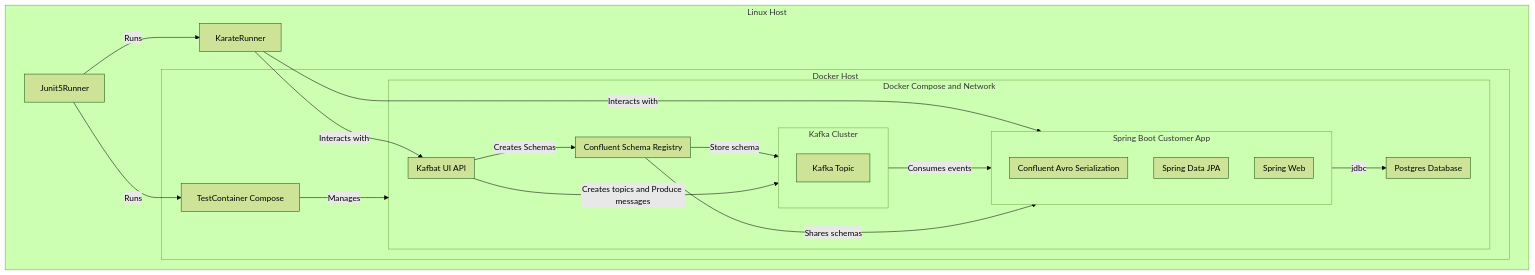
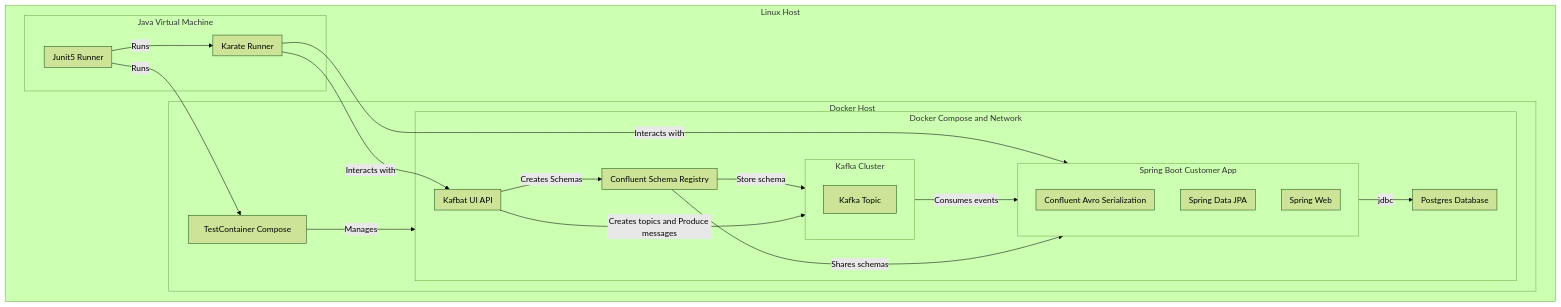
The diagram in README.md (jcsim1024/testcontainers-karate-kafka), drawn with Mermaid (forest theme) before and after one commit.

````diff
--- a/README.md
+++ b/README.md
@@ -9,48 +9,56 @@
 ```mermaid
-flowchart TB
+flowchart TD
   subgraph LinuxHost [Linux Host]
     subgraph DockerHost [Docker Host]
       subgraph DockerCompose [Docker Compose and Network]
         subgraph CustomerApp [Spring Boot Customer App]
           direction TB
           subgraph SpringWeb [Spring Web]
           end
           subgraph SpringDataJPA [Spring Data JPA]
           end
           subgraph AvroSerialization [Confluent Avro Serialization]
           end
         end
         
         subgraph Postgres [Postgres Database]
         end
         CustomerApp -->|jdbc| Postgres
 
         subgraph SchemaRegistry [Confluent Schema Registry]
         end
         subgraph Kafka [Kafka Cluster]
           
           KafkaTopic1["Kafka Topic"]
         end
         subgraph KafbatUI [Kafbat UI API]
         end
         
       end
-
-
       Testcontainers[TestContainer Compose] -->|Manages| DockerCompose
+    end
+    subgraph JVM [Java Virtual Machine]
+      subgraph Junit5Runner [Junit5 Runner]
+      end
+      subgraph KarateRunner [Karate Runner]
+        subgraph CustomerApp [Customer App]
+        end
+        subgraph KafbatUI [Kafbat UI]
+        end
+      end
     end
     Junit5Runner -->|Runs| KarateRunner
     Junit5Runner -->|Runs| Testcontainers
     KarateRunner -->|Interacts with| CustomerApp
     KarateRunner -->|Interacts with| KafbatUI
 
   end
 
   Kafka -->|Consumes events| CustomerApp
   SchemaRegistry -->|Store schema| Kafka
   SchemaRegistry -->|Shares schemas| CustomerApp
   KafbatUI -->|Creates topics and Produce messages| Kafka
   KafbatUI -->|Creates Schemas| SchemaRegistry
 
 
 ```
````
